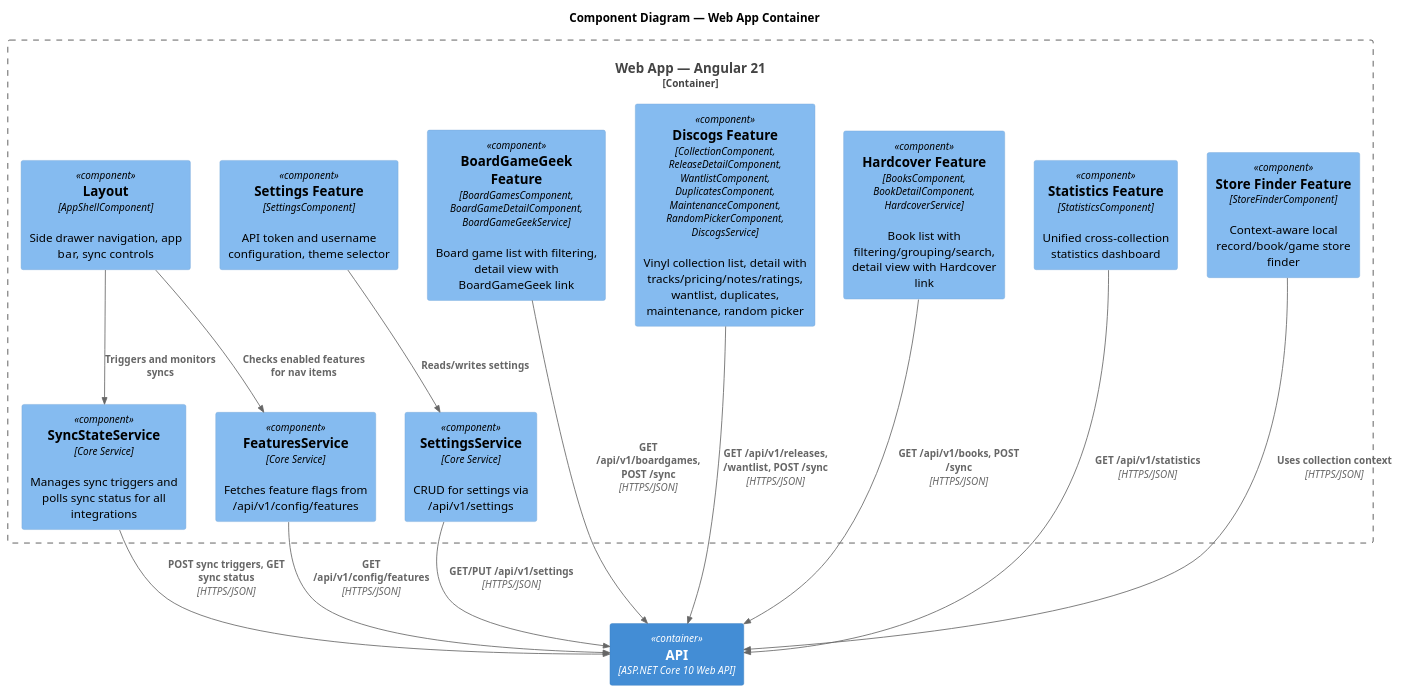
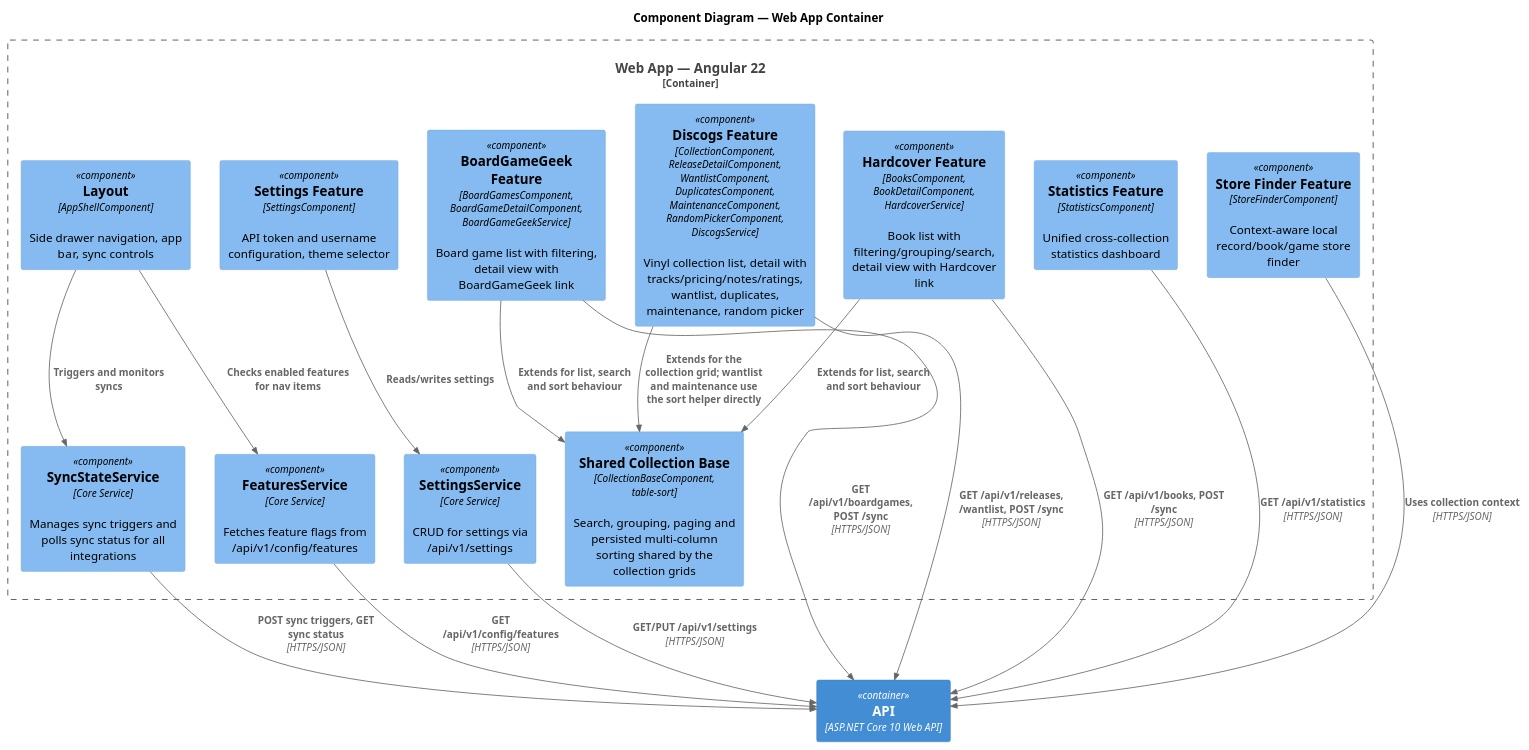
One commit to ronlease/All-By-Myshelf changed the diagram in docs/c4/component-web.puml. Above: the diagram before and after it, drawn with PlantUML. The commit also changed 41 other files, not shown here.

First line of the commit message:
feat: Angular 22, coverlet 10, book genre fix, and sortable collection grids (#107)

```diff
--- a/docs/c4/component-web.puml
+++ b/docs/c4/component-web.puml
@@ -1,37 +1,43 @@
 @startuml
 !include https://raw.githubusercontent.com/plantuml-stdlib/C4-PlantUML/master/C4_Component.puml
 
 title Component Diagram — Web App Container
 
-Container_Boundary(web, "Web App — Angular 21") {
+Container_Boundary(web, "Web App — Angular 22") {
     Component(layout, "Layout", "AppShellComponent", "Side drawer navigation, app bar, sync controls")
 
     Component(boardGameGeek, "BoardGameGeek Feature", "BoardGamesComponent, BoardGameDetailComponent, BoardGameGeekService", "Board game list with filtering, detail view with BoardGameGeek link")
     Component(discogs, "Discogs Feature", "CollectionComponent, ReleaseDetailComponent, WantlistComponent, DuplicatesComponent, MaintenanceComponent, RandomPickerComponent, DiscogsService", "Vinyl collection list, detail with tracks/pricing/notes/ratings, wantlist, duplicates, maintenance, random picker")
     Component(hardcover, "Hardcover Feature", "BooksComponent, BookDetailComponent, HardcoverService", "Book list with filtering/grouping/search, detail view with Hardcover link")
     Component(settingsFeature, "Settings Feature", "SettingsComponent", "API token and username configuration, theme selector")
     Component(statisticsFeature, "Statistics Feature", "StatisticsComponent", "Unified cross-collection statistics dashboard")
     Component(storeFinder, "Store Finder Feature", "StoreFinderComponent", "Context-aware local record/book/game store finder")
+
+    Component(sharedCollection, "Shared Collection Base", "CollectionBaseComponent, table-sort", "Search, grouping, paging and persisted multi-column sorting shared by the collection grids")
 
     Component(syncService, "SyncStateService", "Core Service", "Manages sync triggers and polls sync status for all integrations")
     Component(featuresService, "FeaturesService", "Core Service", "Fetches feature flags from /api/v1/config/features")
     Component(settingsService, "SettingsService", "Core Service", "CRUD for settings via /api/v1/settings")
 }
 
 Container(api, "API", "ASP.NET Core 10 Web API")
 
 Rel(layout, featuresService, "Checks enabled features for nav items")
 Rel(layout, syncService, "Triggers and monitors syncs")
 
 Rel(boardGameGeek, api, "GET /api/v1/boardgames, POST /sync", "HTTPS/JSON")
 Rel(discogs, api, "GET /api/v1/releases, /wantlist, POST /sync", "HTTPS/JSON")
 Rel(hardcover, api, "GET /api/v1/books, POST /sync", "HTTPS/JSON")
+
+Rel(boardGameGeek, sharedCollection, "Extends for list, search and sort behaviour")
+Rel(discogs, sharedCollection, "Extends for the collection grid; wantlist and maintenance use the sort helper directly")
+Rel(hardcover, sharedCollection, "Extends for list, search and sort behaviour")
 Rel(settingsFeature, settingsService, "Reads/writes settings")
 Rel(statisticsFeature, api, "GET /api/v1/statistics", "HTTPS/JSON")
 Rel(storeFinder, api, "Uses collection context", "HTTPS/JSON")
 
 Rel(syncService, api, "POST sync triggers, GET sync status", "HTTPS/JSON")
 Rel(featuresService, api, "GET /api/v1/config/features", "HTTPS/JSON")
 Rel(settingsService, api, "GET/PUT /api/v1/settings", "HTTPS/JSON")
 
 @enduml
```
